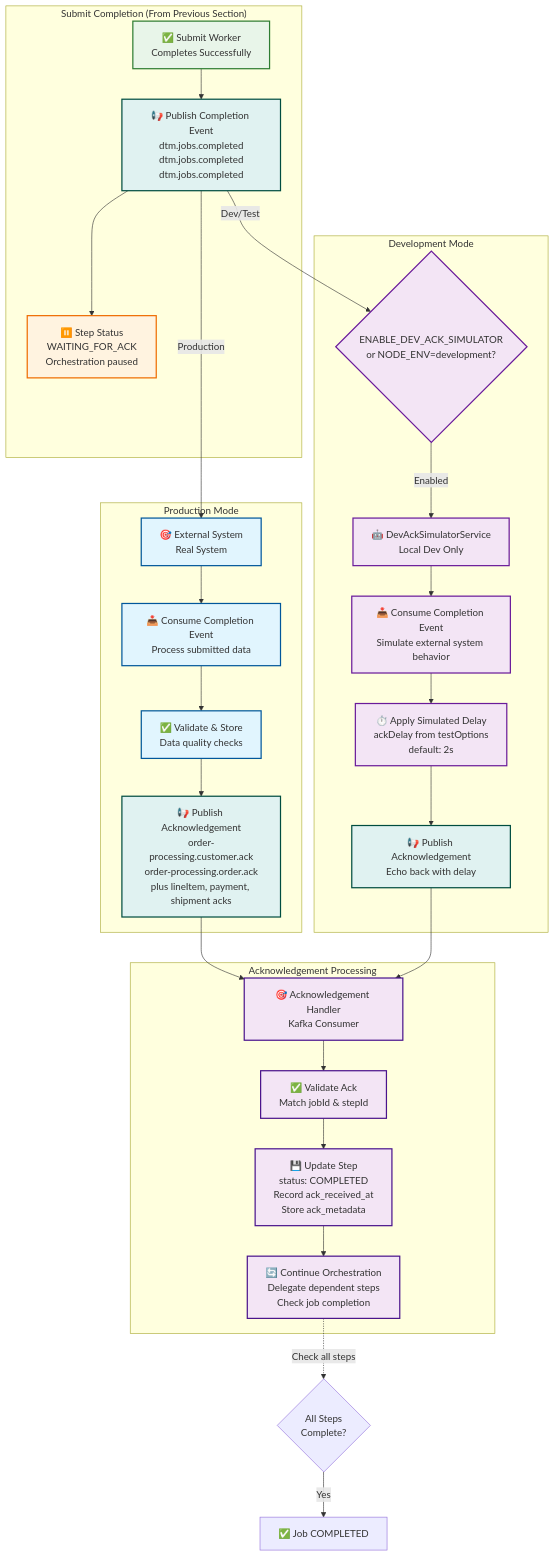
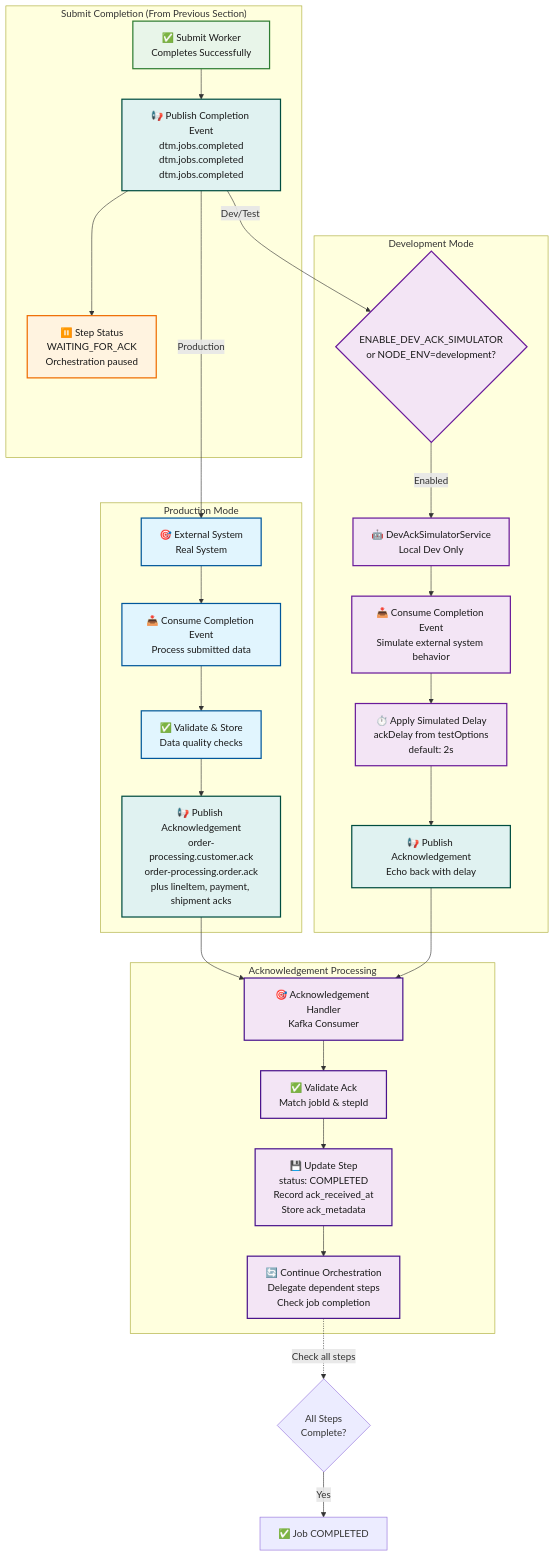
One commit to inctasoft/setpoint-evals-dtm-examples changed the sixth of 9 diagrams in docs/guides/system-architecture.md. Above: the diagram before and after it, drawn with Mermaid. The commit also changed other lines of this file and 1 other file, not shown here.

First line of the commit message:
docs: explicit dark text color on 46 pastel mermaid classDefs (scout M5, #123) (#124)

````diff
--- a/docs/guides/system-architecture.md
+++ b/docs/guides/system-architecture.md
@@ -678,68 +678,68 @@
 ```mermaid
 graph TB
     subgraph "Submit Completion (From Previous Section)"
         SUBMIT_COMPLETE[✅ Submit Worker<br/>Completes Successfully]
         KAFKA_PUBLISH[📢 Publish Completion Event<br/>dtm.jobs.completed<br/>dtm.jobs.completed<br/>dtm.jobs.completed]
         STEP_STATUS[⏸️ Step Status<br/>WAITING_FOR_ACK<br/>Orchestration paused]
     end
 
     subgraph "Production Mode"
         EXT_SYSTEM[🎯 External System<br/>Real System]
         EXT_CONSUME[📥 Consume Completion Event<br/>Process submitted data]
         EXT_VALIDATE[✅ Validate & Store<br/>Data quality checks]
         EXT_ACK[📢 Publish Acknowledgement<br/>order-processing.customer.ack<br/>order-processing.order.ack<br/>plus lineItem, payment, shipment acks]
     end
 
     subgraph "Development Mode"
         DEV_CHECK{ENABLE_DEV_ACK_SIMULATOR<br/>or NODE_ENV=development?}
         DEV_SIM[🤖 DevAckSimulatorService<br/>Local Dev Only]
         DEV_CONSUME[📥 Consume Completion Event<br/>Simulate external system behavior]
         DEV_DELAY[⏱️ Apply Simulated Delay<br/>ackDelay from testOptions<br/>default: 2s]
         DEV_ACK[📢 Publish Acknowledgement<br/>Echo back with delay]
     end
 
     subgraph "Acknowledgement Processing"
         ACK_HANDLER[🎯 Acknowledgement Handler<br/>Kafka Consumer]
         ACK_VALIDATE[✅ Validate Ack<br/>Match jobId & stepId]
         UPDATE_DB[💾 Update Step<br/>status: COMPLETED<br/>Record ack_received_at<br/>Store ack_metadata]
         CONTINUE_ORCH[🔄 Continue Orchestration<br/>Delegate dependent steps<br/>Check job completion]
     end
 
     SUBMIT_COMPLETE --> KAFKA_PUBLISH
     KAFKA_PUBLISH --> STEP_STATUS
 
     KAFKA_PUBLISH -->|Production| EXT_SYSTEM
     EXT_SYSTEM --> EXT_CONSUME
     EXT_CONSUME --> EXT_VALIDATE
     EXT_VALIDATE --> EXT_ACK
 
     KAFKA_PUBLISH -->|Dev/Test| DEV_CHECK
     DEV_CHECK -->|Enabled| DEV_SIM
     DEV_SIM --> DEV_CONSUME
     DEV_CONSUME --> DEV_DELAY
     DEV_DELAY --> DEV_ACK
 
     EXT_ACK --> ACK_HANDLER
     DEV_ACK --> ACK_HANDLER
 
     ACK_HANDLER --> ACK_VALIDATE
     ACK_VALIDATE --> UPDATE_DB
     UPDATE_DB --> CONTINUE_ORCH
 
     CONTINUE_ORCH -.->|Check all steps| JOB_COMPLETE{All Steps<br/>Complete?}
     JOB_COMPLETE -->|Yes| DONE[✅ Job COMPLETED]
 
-    classDef complete fill:#e8f5e9,stroke:#2e7d32,stroke-width:2px
-    classDef kafka fill:#e0f2f1,stroke:#004d40,stroke-width:2px
-    classDef waiting fill:#fff3e0,stroke:#ef6c00,stroke-width:2px
-    classDef production fill:#e1f5fe,stroke:#01579b,stroke-width:2px
-    classDef dev fill:#f3e5f5,stroke:#6a1b9a,stroke-width:2px
-    classDef orchestrator fill:#f3e5f5,stroke:#4a148c,stroke-width:2px
+    classDef complete fill:#e8f5e9,color:#1a1a1a,stroke:#2e7d32,stroke-width:2px
+    classDef kafka fill:#e0f2f1,color:#1a1a1a,stroke:#004d40,stroke-width:2px
+    classDef waiting fill:#fff3e0,color:#1a1a1a,stroke:#ef6c00,stroke-width:2px
+    classDef production fill:#e1f5fe,color:#1a1a1a,stroke:#01579b,stroke-width:2px
+    classDef dev fill:#f3e5f5,color:#1a1a1a,stroke:#6a1b9a,stroke-width:2px
+    classDef orchestrator fill:#f3e5f5,color:#1a1a1a,stroke:#4a148c,stroke-width:2px
 
     class SUBMIT_COMPLETE complete
     class KAFKA_PUBLISH,EXT_ACK,DEV_ACK kafka
     class STEP_STATUS waiting
     class EXT_SYSTEM,EXT_CONSUME,EXT_VALIDATE production
     class DEV_CHECK,DEV_SIM,DEV_CONSUME,DEV_DELAY dev
     class ACK_HANDLER,ACK_VALIDATE,UPDATE_DB,CONTINUE_ORCH orchestrator
 ```
````
